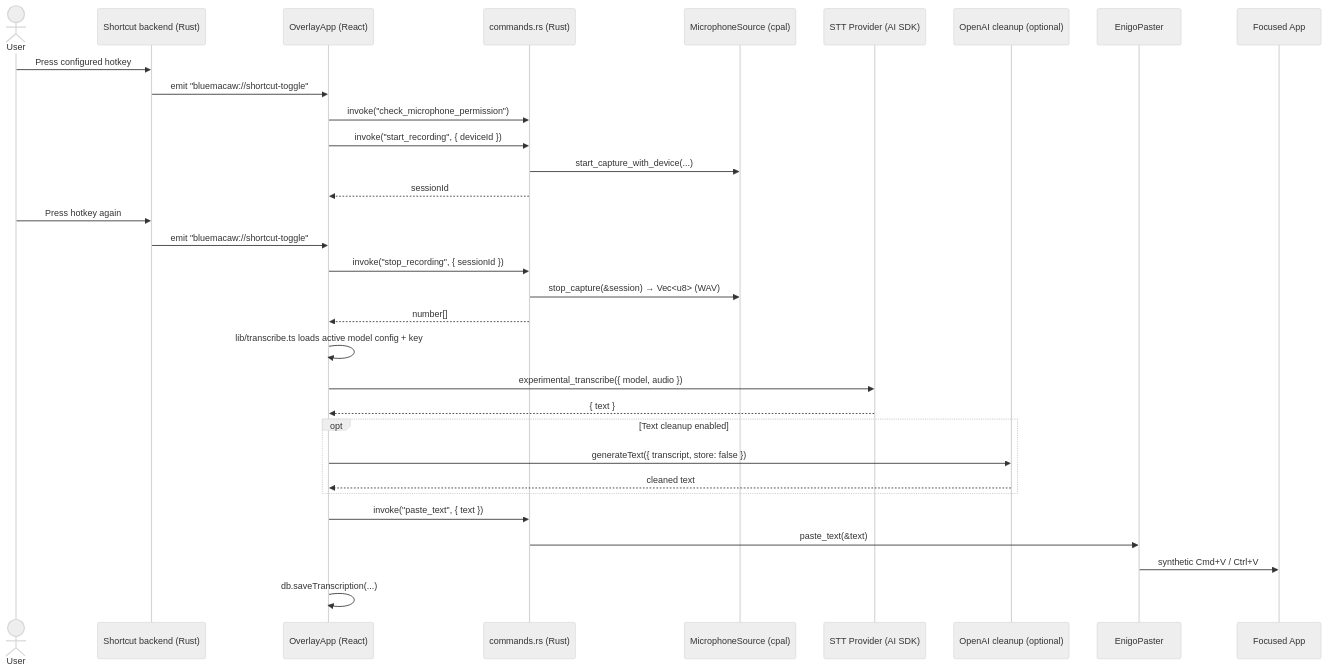
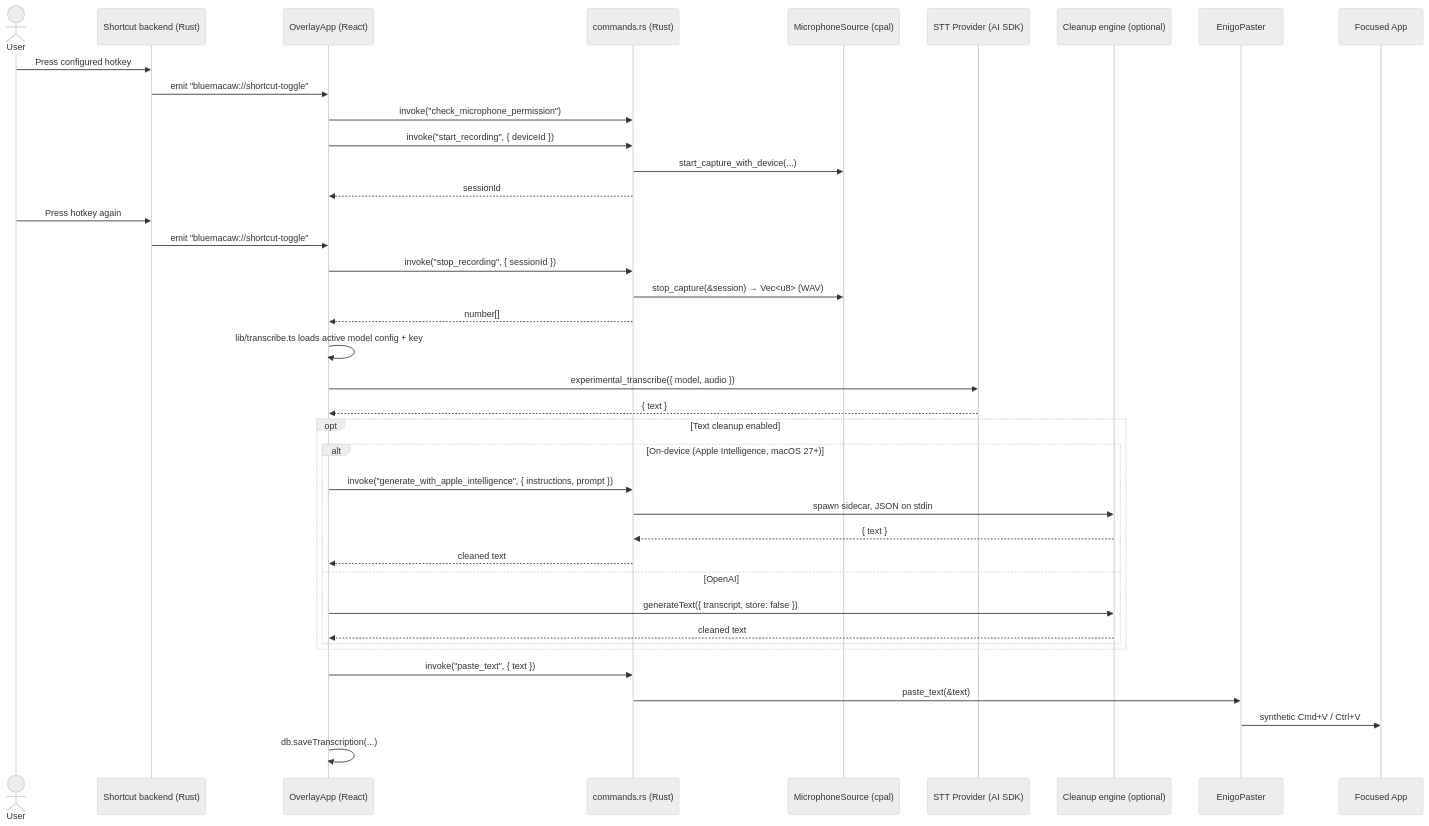
One commit to VH-Technology/bluemacaw changed the diagram in docs/architecture.md. Above: the diagram before and after it, drawn with Mermaid (neutral theme). The commit also changed other lines of this file and 28 other files, not shown here.

First line of the commit message:
feat(desktop): add on-device Apple Intelligence transcript cleanup (#27)

````diff
--- a/docs/architecture.md
+++ b/docs/architecture.md
@@ -116,35 +119,42 @@
 ```mermaid
 sequenceDiagram
     actor User
     participant Shortcut as Shortcut backend (Rust)
     participant Overlay as OverlayApp (React)
     participant Cmd as commands.rs (Rust)
     participant Audio as MicrophoneSource (cpal)
     participant Provider as STT Provider (AI SDK)
-    participant Cleanup as OpenAI cleanup (optional)
+    participant Cleanup as Cleanup engine (optional)
     participant Paster as EnigoPaster
     participant Focused as Focused App
 
     User->>Shortcut: Press configured hotkey
     Shortcut->>Overlay: emit "bluemacaw://shortcut-toggle"
     Overlay->>Cmd: invoke("check_microphone_permission")
     Overlay->>Cmd: invoke("start_recording", { deviceId })
     Cmd->>Audio: start_capture_with_device(...)
     Cmd-->>Overlay: sessionId
     User->>Shortcut: Press hotkey again
     Shortcut->>Overlay: emit "bluemacaw://shortcut-toggle"
     Overlay->>Cmd: invoke("stop_recording", { sessionId })
     Cmd->>Audio: stop_capture(&session) → Vec<u8> (WAV)
     Cmd-->>Overlay: number[]
     Overlay->>Overlay: lib/transcribe.ts loads active model config + key
     Overlay->>Provider: experimental_transcribe({ model, audio })
     Provider-->>Overlay: { text }
     opt Text cleanup enabled
-        Overlay->>Cleanup: generateText({ transcript, store: false })
-        Cleanup-->>Overlay: cleaned text
+        alt On-device (Apple Intelligence, macOS 27+)
+            Overlay->>Cmd: invoke("generate_with_apple_intelligence", { instructions, prompt })
+            Cmd->>Cleanup: spawn sidecar, JSON on stdin
+            Cleanup-->>Cmd: { text }
+            Cmd-->>Overlay: cleaned text
+        else OpenAI
+            Overlay->>Cleanup: generateText({ transcript, store: false })
+            Cleanup-->>Overlay: cleaned text
+        end
     end
     Overlay->>Cmd: invoke("paste_text", { text })
     Cmd->>Paster: paste_text(&text)
     Paster->>Focused: synthetic Cmd+V / Ctrl+V
     Overlay->>Overlay: db.saveTranscription(...)
 ```
````
